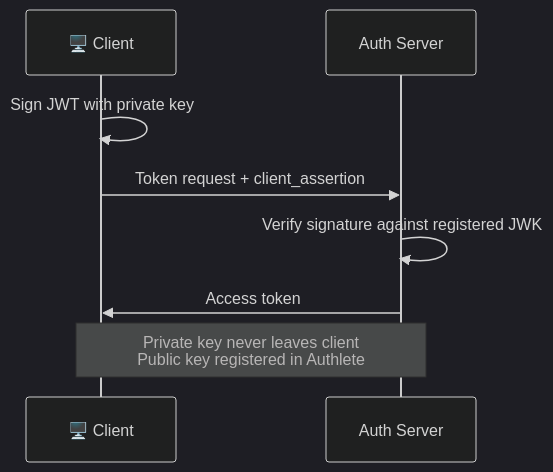
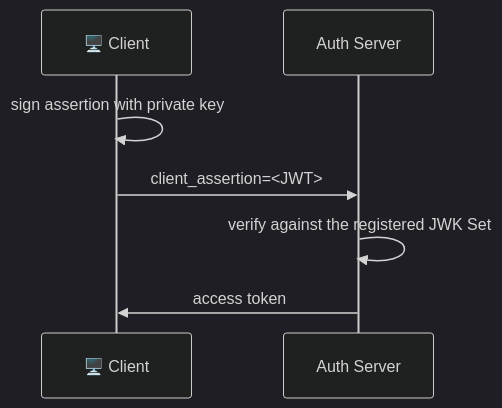
One commit to blackadi/OAUTH2.0 changed the fifth of 7 diagrams in docs/FAPI-TUTORIAL.md. Above: the diagram before and after it, drawn with Mermaid. The commit also changed other lines of this file and 1 other file, not shown here.

First line of the commit message:
docs(fapi): rewrite the tutorial around the flow that now works

````diff
--- a/docs/FAPI-TUTORIAL.md
+++ b/docs/FAPI-TUTORIAL.md
@@ -193,13 +166,10 @@
 ```mermaid
 %%{init: {'theme': 'dark'}}%%
 sequenceDiagram
     participant C as 🖥️ Client
     participant AS as Auth Server
-
-    C->>C: Sign JWT with private key
-    C->>AS: Token request + client_assertion
-    AS->>AS: Verify signature against registered JWK
-    AS->>C: Access token
-
-    Note over C,AS: Private key never leaves client<br/>Public key registered in Authlete
+    C->>C: sign assertion with private key
+    C->>AS: client_assertion=<JWT>
+    AS->>AS: verify against the registered JWK Set
+    AS->>C: access token
 ```
````
